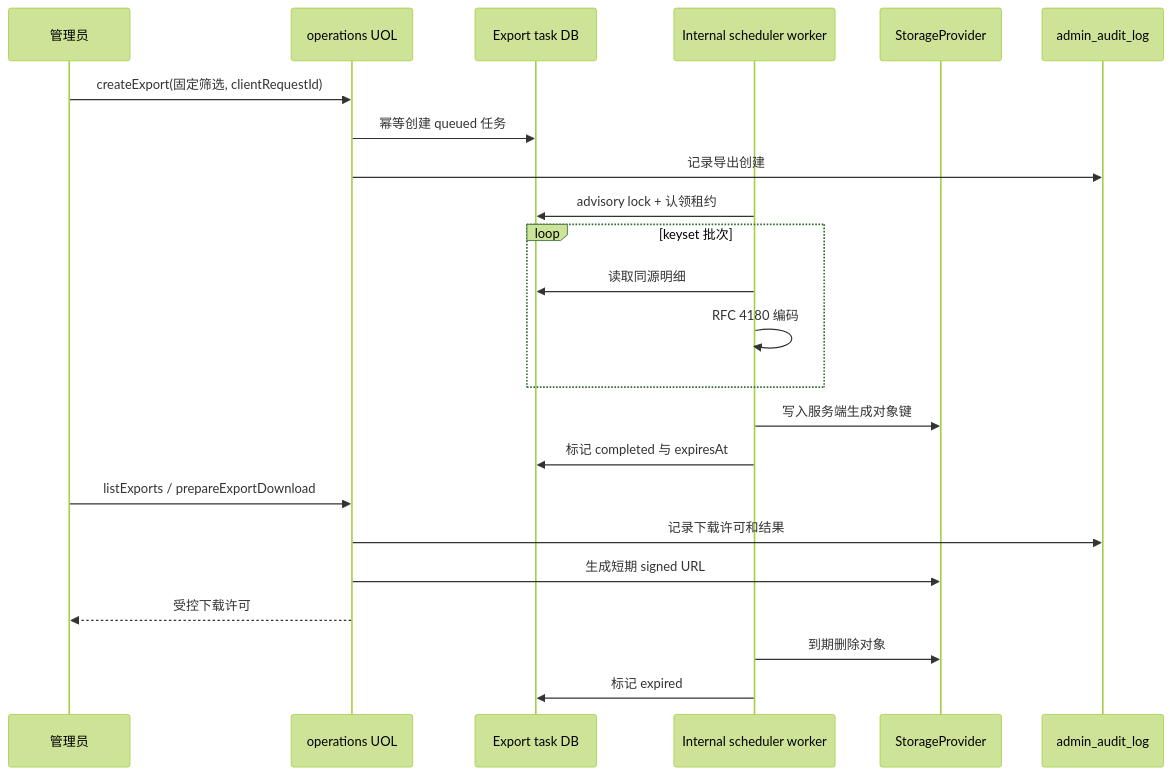
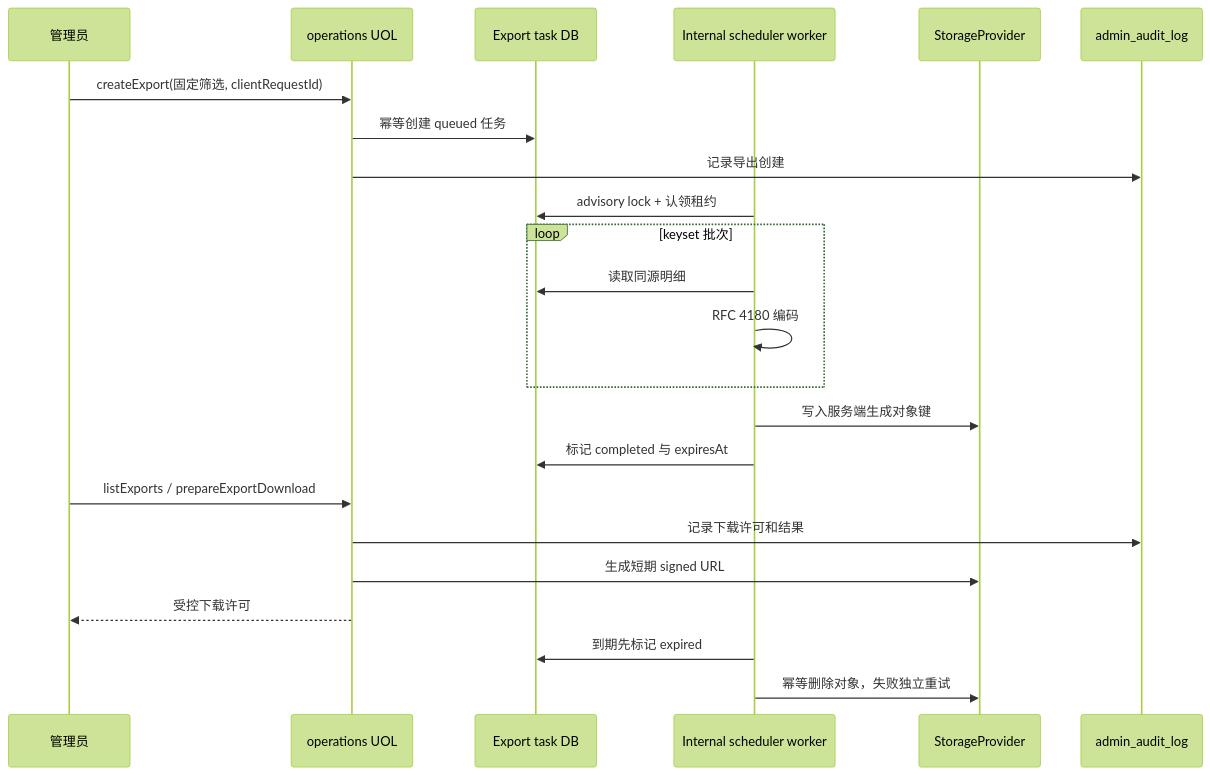
Before and after one commit to FluxCode666/FluxMedia-1: the sixth of 6 diagrams in docs/plans/2026-08-13-1516-feat-operations-dashboard-plan.md, drawn with Mermaid (forest theme). The commit also changed other lines of this file, not shown here.

````diff
--- a/docs/plans/2026-08-13-1516-feat-operations-dashboard-plan.md
+++ b/docs/plans/2026-08-13-1516-feat-operations-dashboard-plan.md
@@ -357,26 +392,26 @@
 ```mermaid
 sequenceDiagram
   participant Admin as 管理员
   participant UOL as operations UOL
   participant DB as Export task DB
   participant Worker as Internal scheduler worker
   participant Storage as StorageProvider
   participant Audit as admin_audit_log
 
   Admin->>UOL: createExport(固定筛选, clientRequestId)
   UOL->>DB: 幂等创建 queued 任务
   UOL->>Audit: 记录导出创建
   Worker->>DB: advisory lock + 认领租约
   loop keyset 批次
     Worker->>DB: 读取同源明细
     Worker->>Worker: RFC 4180 编码
   end
   Worker->>Storage: 写入服务端生成对象键
   Worker->>DB: 标记 completed 与 expiresAt
   Admin->>UOL: listExports / prepareExportDownload
   UOL->>Audit: 记录下载许可和结果
   UOL->>Storage: 生成短期 signed URL
   UOL-->>Admin: 受控下载许可
-  Worker->>Storage: 到期删除对象
-  Worker->>DB: 标记 expired
+  Worker->>DB: 到期先标记 expired
+  Worker->>Storage: 幂等删除对象，失败独立重试
 ```
````
